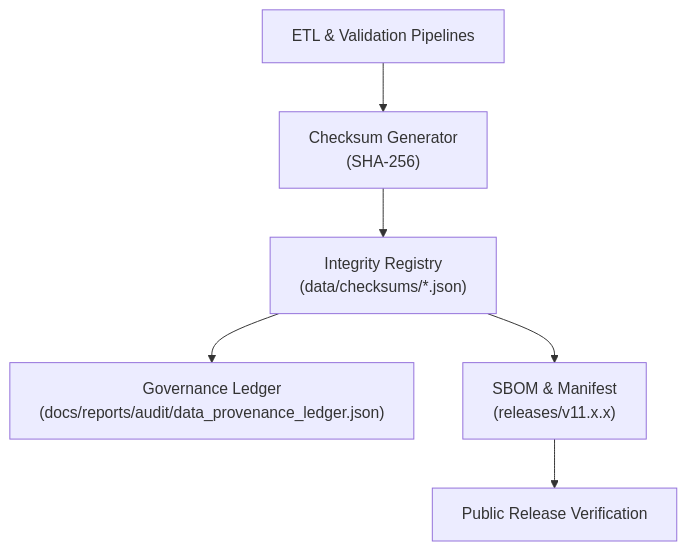
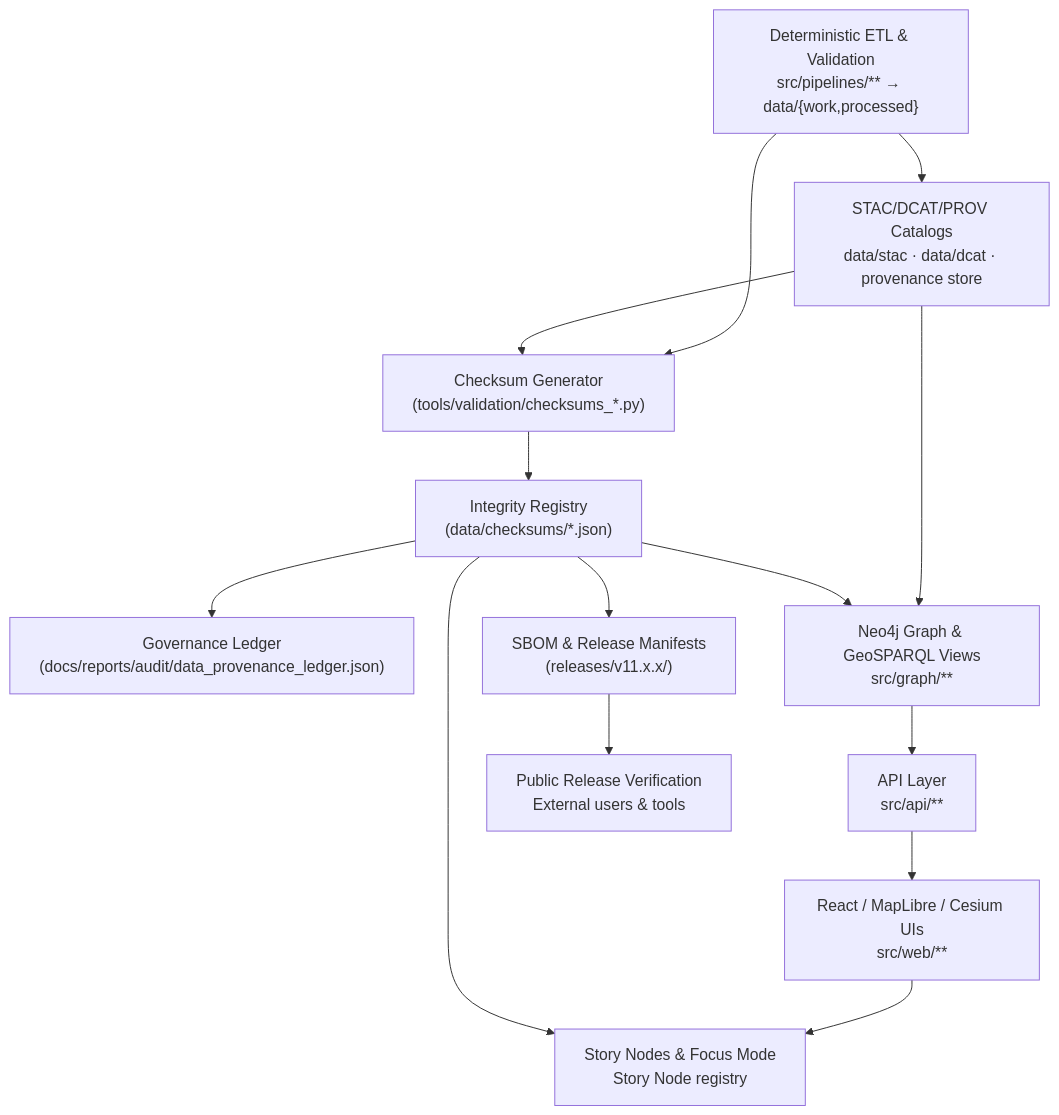
One commit to bartytime4life/Kansas-Frontier-Matrix changed the diagram in data/checksums/README.md. Above: the diagram before and after it, drawn with Mermaid. The commit also changed other lines of this file, not shown here.

````diff
--- a/data/checksums/README.md
+++ b/data/checksums/README.md
@@ -129,9 +169,23 @@
-```mermaid
+~~~mermaid
 flowchart TD
-    ETL["ETL & Validation Pipelines"]
-      --> GEN["Checksum Generator\n(SHA-256)"]
+    ETL["Deterministic ETL & Validation\nsrc/pipelines/** → data/{work,processed}"]
+        --> CATALOGS["STAC/DCAT/PROV Catalogs\ndata/stac · data/dcat · provenance store"]
+
+    ETL --> GEN["Checksum Generator\n(tools/validation/checksums_*.py)"]
+    CATALOGS --> GEN
+
     GEN --> REG["Integrity Registry\n(data/checksums/*.json)"]
-    REG --> LED["Governance Ledger\n(docs/reports/audit/data_provenance_ledger.json)"]
-    REG --> SBOM["SBOM & Manifest\n(releases/v11.x.x)"]
-    SBOM --> PUB["Public Release Verification"]
-```
+
+    REG --> LEDGER["Governance Ledger\n(docs/reports/audit/data_provenance_ledger.json)"]
+    REG --> SBOM["SBOM & Release Manifests\n(releases/v11.x.x/)"]
+
+    CATALOGS --> GRAPH["Neo4j Graph & GeoSPARQL Views\nsrc/graph/**"]
+    REG --> GRAPH
+
+    GRAPH --> API["API Layer\nsrc/api/**"]
+    API --> UI["React / MapLibre / Cesium UIs\nsrc/web/**"]
+    UI --> STORY["Story Nodes & Focus Mode\nStory Node registry"]
+
+    REG --> STORY
+    SBOM --> PUBLIC["Public Release Verification\nExternal users & tools"]
+~~~
````
